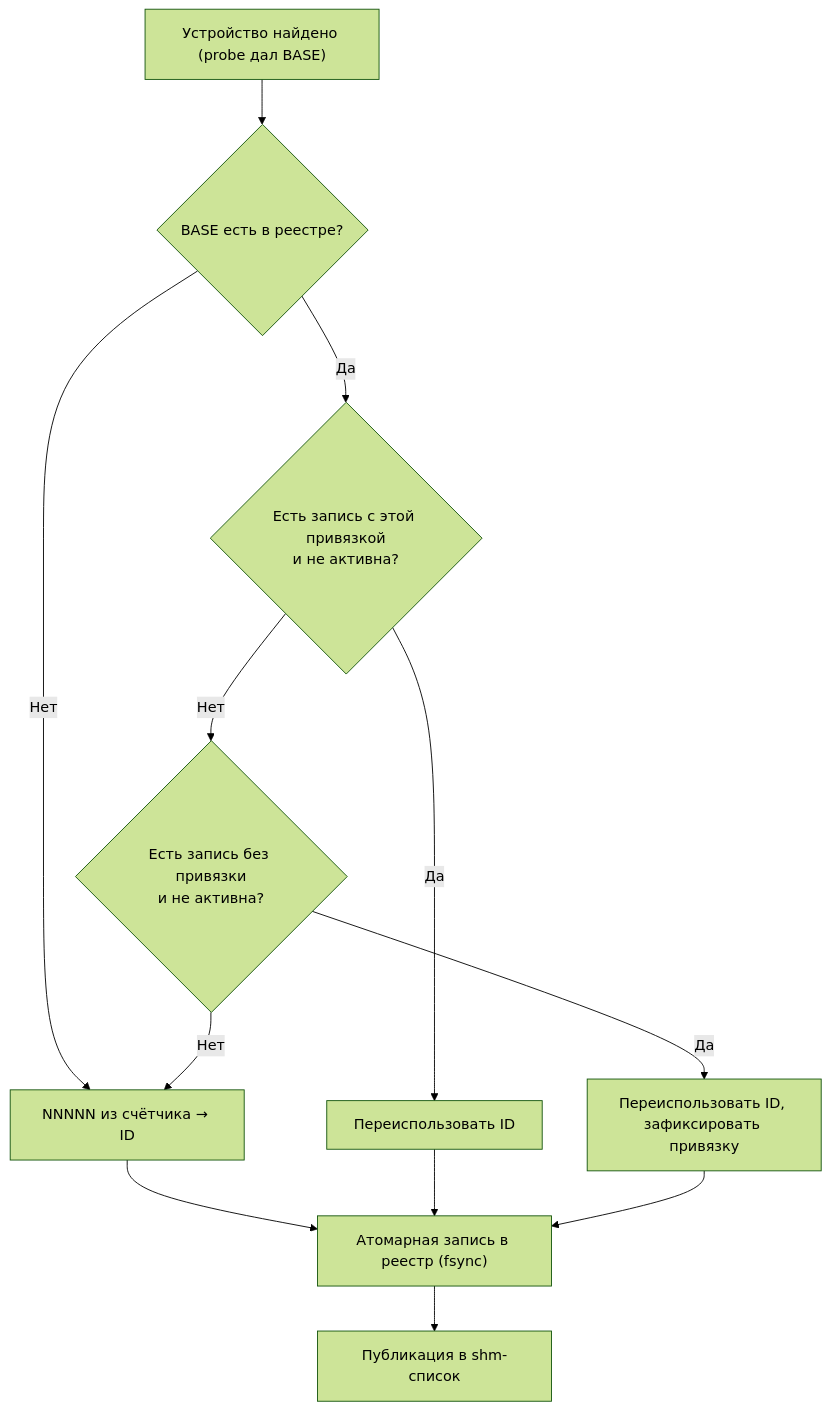
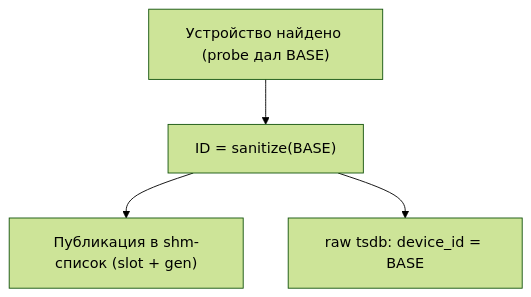
One commit to galiy/malina-26 changed the ninth of 11 diagrams in docs/bms-reader-arch.md. Above: the diagram before and after it, drawn with Mermaid (forest theme). The commit also changed other lines of this file and 37 other files, not shown here.

Commit message:
Малина-26: ID BMS = BASE без реестра, очистка истории и дефолт деплоя на .68

````diff
--- a/docs/bms-reader-arch.md
+++ b/docs/bms-reader-arch.md
@@ -442,11 +427,6 @@
 ```mermaid
 flowchart TD
-  A["Устройство найдено (probe дал BASE)"] --> B{"BASE есть в реестре?"}
-  B -- Нет --> C["NNNNN из счётчика → ID"] --> H["Атомарная запись в реестр (fsync)"]
-  B -- Да --> D{"Есть запись с этой привязкой<br/>и не активна?"}
-  D -- Да --> E["Переиспользовать ID"] --> H
-  D -- Нет --> F{"Есть запись без привязки<br/>и не активна?"}
-  F -- Да --> G["Переиспользовать ID, зафиксировать привязку"] --> H
-  F -- Нет --> C
-  H --> I["Публикация в shm-список"]
+  A["Устройство найдено (probe дал BASE)"] --> B["ID = sanitize(BASE)"]
+  B --> C["Публикация в shm-список (slot + gen)"]
+  B --> D["raw tsdb: device_id = BASE"]
 ```
````
